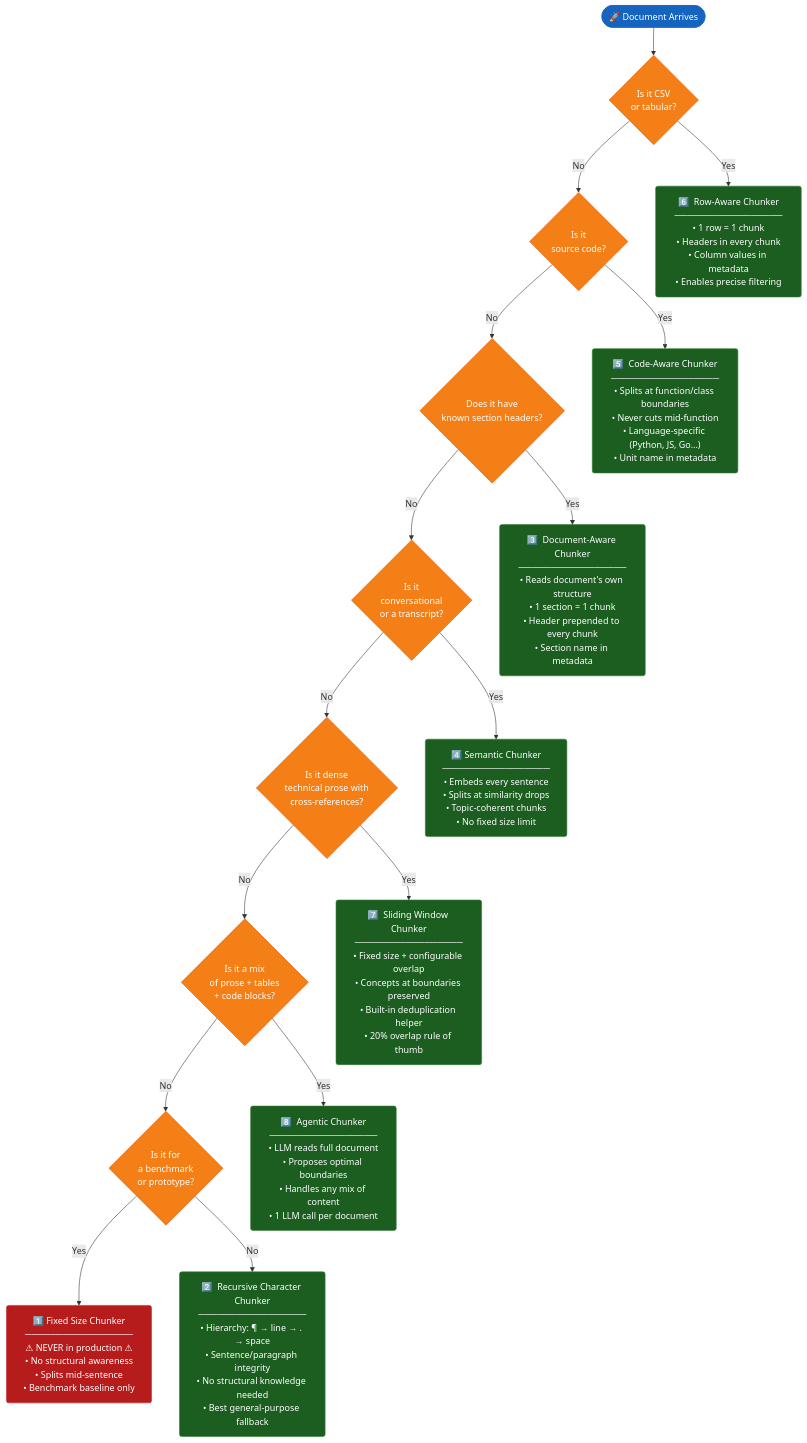
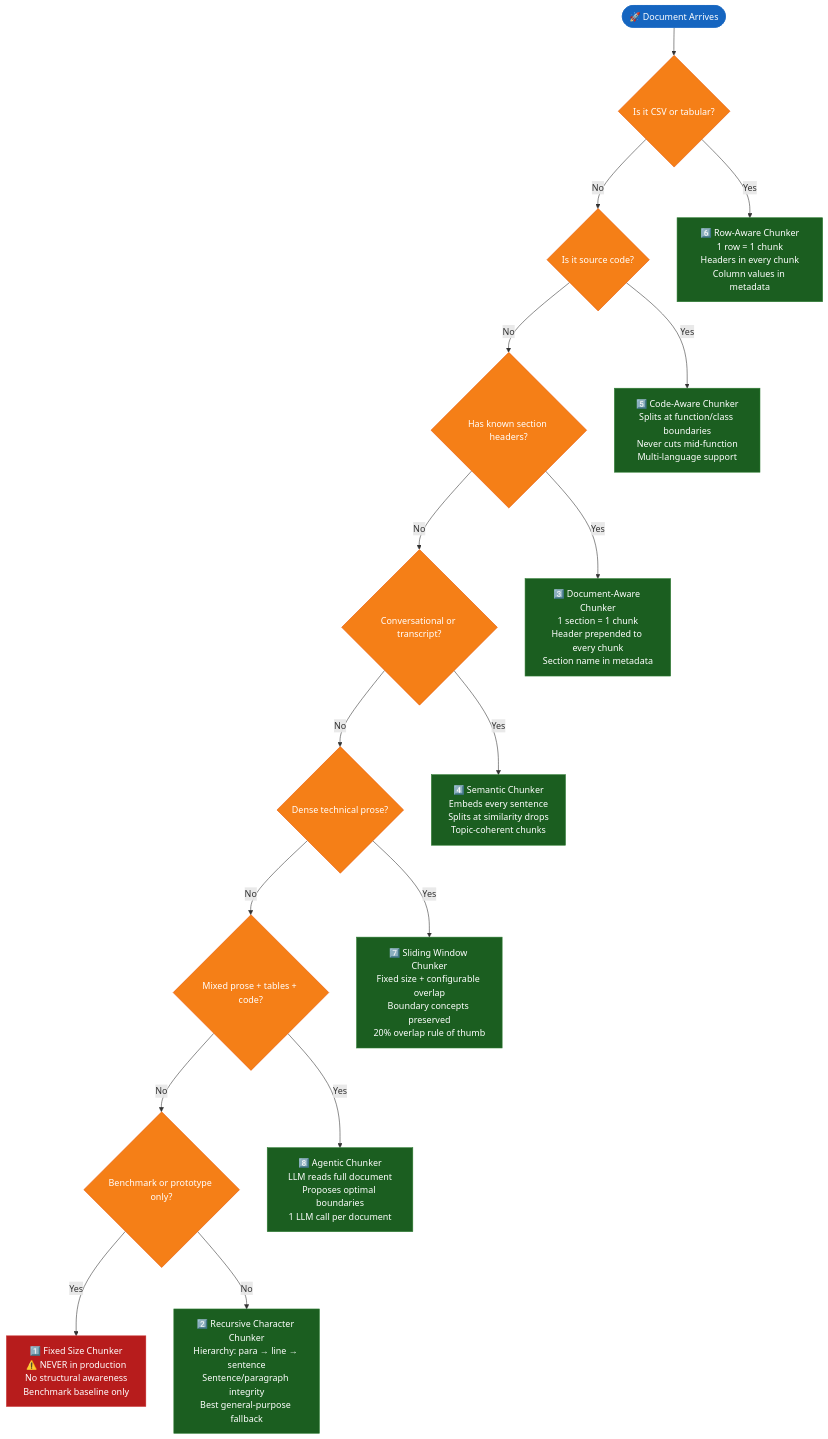
The second of 5 diagrams in README.md (devatstudies-bit/rag-chunking-engine), drawn with Mermaid before and after one commit. The commit also changed other lines of this file, not shown here.

First line of the commit message:
fix: repair Mermaid parse errors in README diagrams

````diff
--- a/README.md
+++ b/README.md
@@ -106,42 +98,41 @@
 ```mermaid
-%%{init: {'theme': 'default'}}%%
 flowchart TD
-    classDef start      fill:#1565C0,stroke:#1565C0,color:#fff,rx:8
-    classDef decision   fill:#F57F17,stroke:#E65100,color:#fff
-    classDef strategy   fill:#1B5E20,stroke:#2E7D32,color:#fff,rx:4
-    classDef warning    fill:#B71C1C,stroke:#C62828,color:#fff,rx:4
+    classDef start    fill:#1565C0,stroke:#1565C0,color:#fff
+    classDef decision fill:#F57F17,stroke:#E65100,color:#fff
+    classDef strategy fill:#1B5E20,stroke:#2E7D32,color:#fff
+    classDef warning  fill:#B71C1C,stroke:#C62828,color:#fff
 
     START([🚀 Document Arrives]):::start
-    Q1{Is it CSV\nor tabular?}:::decision
-    Q2{Is it\nsource code?}:::decision
-    Q3{Does it have\nknown section headers?}:::decision
-    Q4{Is it\nconversational\nor a transcript?}:::decision
-    Q5{Is it dense\ntechnical prose with\ncross-references?}:::decision
-    Q6{Is it a mix\nof prose + tables\n+ code blocks?}:::decision
-    Q7{Is it for\na benchmark\nor prototype?}:::decision
+    Q1{Is it CSV or tabular?}:::decision
+    Q2{Is it source code?}:::decision
+    Q3{Has known section headers?}:::decision
+    Q4{Conversational or transcript?}:::decision
+    Q5{Dense technical prose?}:::decision
+    Q6{Mixed prose + tables + code?}:::decision
+    Q7{Benchmark or prototype only?}:::decision
 
-    S1["6️⃣  Row-Aware Chunker\n─────────────────\n• 1 row = 1 chunk\n• Headers in every chunk\n• Column values in metadata\n• Enables precise filtering"]:::strategy
-    S2["5️⃣  Code-Aware Chunker\n─────────────────\n• Splits at function/class boundaries\n• Never cuts mid-function\n• Language-specific (Python, JS, Go…)\n• Unit name in metadata"]:::strategy
-    S3["3️⃣  Document-Aware Chunker\n─────────────────\n• Reads document's own structure\n• 1 section = 1 chunk\n• Header prepended to every chunk\n• Section name in metadata"]:::strategy
-    S4["4️⃣  Semantic Chunker\n─────────────────\n• Embeds every sentence\n• Splits at similarity drops\n• Topic-coherent chunks\n• No fixed size limit"]:::strategy
-    S5["7️⃣  Sliding Window Chunker\n─────────────────\n• Fixed size + configurable overlap\n• Concepts at boundaries preserved\n• Built-in deduplication helper\n• 20% overlap rule of thumb"]:::strategy
-    S6["8️⃣  Agentic Chunker\n─────────────────\n• LLM reads full document\n• Proposes optimal boundaries\n• Handles any mix of content\n• 1 LLM call per document"]:::strategy
-    S7["2️⃣  Recursive Character Chunker\n─────────────────\n• Hierarchy: ¶ → line → . → space\n• Sentence/paragraph integrity\n• No structural knowledge needed\n• Best general-purpose fallback"]:::strategy
-    S8["1️⃣  Fixed Size Chunker\n─────────────────\n⚠ NEVER in production ⚠\n• No structural awareness\n• Splits mid-sentence\n• Benchmark baseline only"]:::warning
+    S1["6️⃣ Row-Aware Chunker<br/>1 row = 1 chunk<br/>Headers in every chunk<br/>Column values in metadata"]:::strategy
+    S2["5️⃣ Code-Aware Chunker<br/>Splits at function/class boundaries<br/>Never cuts mid-function<br/>Multi-language support"]:::strategy
+    S3["3️⃣ Document-Aware Chunker<br/>1 section = 1 chunk<br/>Header prepended to every chunk<br/>Section name in metadata"]:::strategy
+    S4["4️⃣ Semantic Chunker<br/>Embeds every sentence<br/>Splits at similarity drops<br/>Topic-coherent chunks"]:::strategy
+    S5["7️⃣ Sliding Window Chunker<br/>Fixed size + configurable overlap<br/>Boundary concepts preserved<br/>20% overlap rule of thumb"]:::strategy
+    S6["8️⃣ Agentic Chunker<br/>LLM reads full document<br/>Proposes optimal boundaries<br/>1 LLM call per document"]:::strategy
+    S7["2️⃣ Recursive Character Chunker<br/>Hierarchy: para → line → sentence<br/>Sentence/paragraph integrity<br/>Best general-purpose fallback"]:::strategy
+    S8["1️⃣ Fixed Size Chunker<br/>⚠️ NEVER in production<br/>No structural awareness<br/>Benchmark baseline only"]:::warning
 
     START --> Q1
     Q1 -->|Yes| S1
     Q1 -->|No| Q2
     Q2 -->|Yes| S2
     Q2 -->|No| Q3
     Q3 -->|Yes| S3
     Q3 -->|No| Q4
     Q4 -->|Yes| S4
     Q4 -->|No| Q5
     Q5 -->|Yes| S5
     Q5 -->|No| Q6
     Q6 -->|Yes| S6
     Q6 -->|No| Q7
     Q7 -->|Yes| S8
     Q7 -->|No| S7
 ```
````
